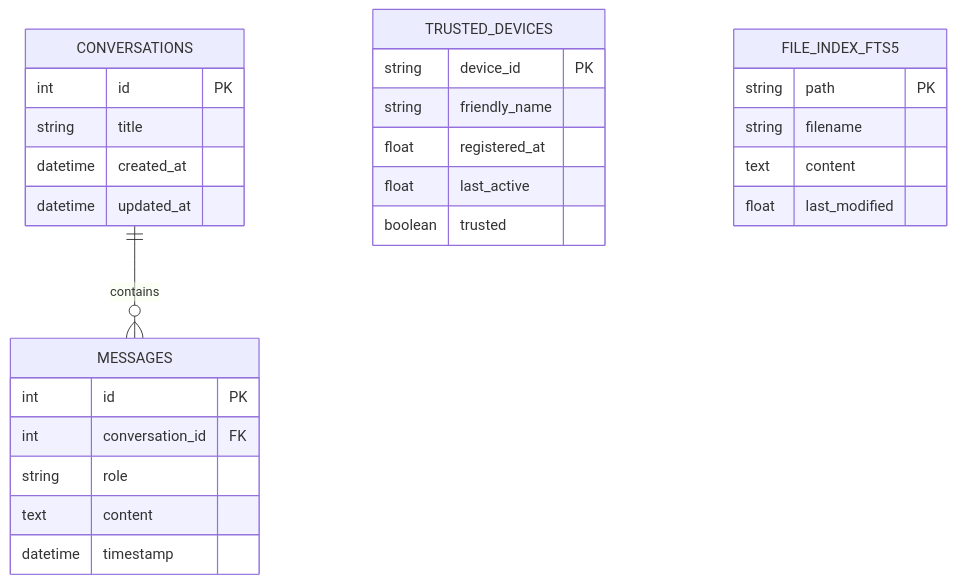
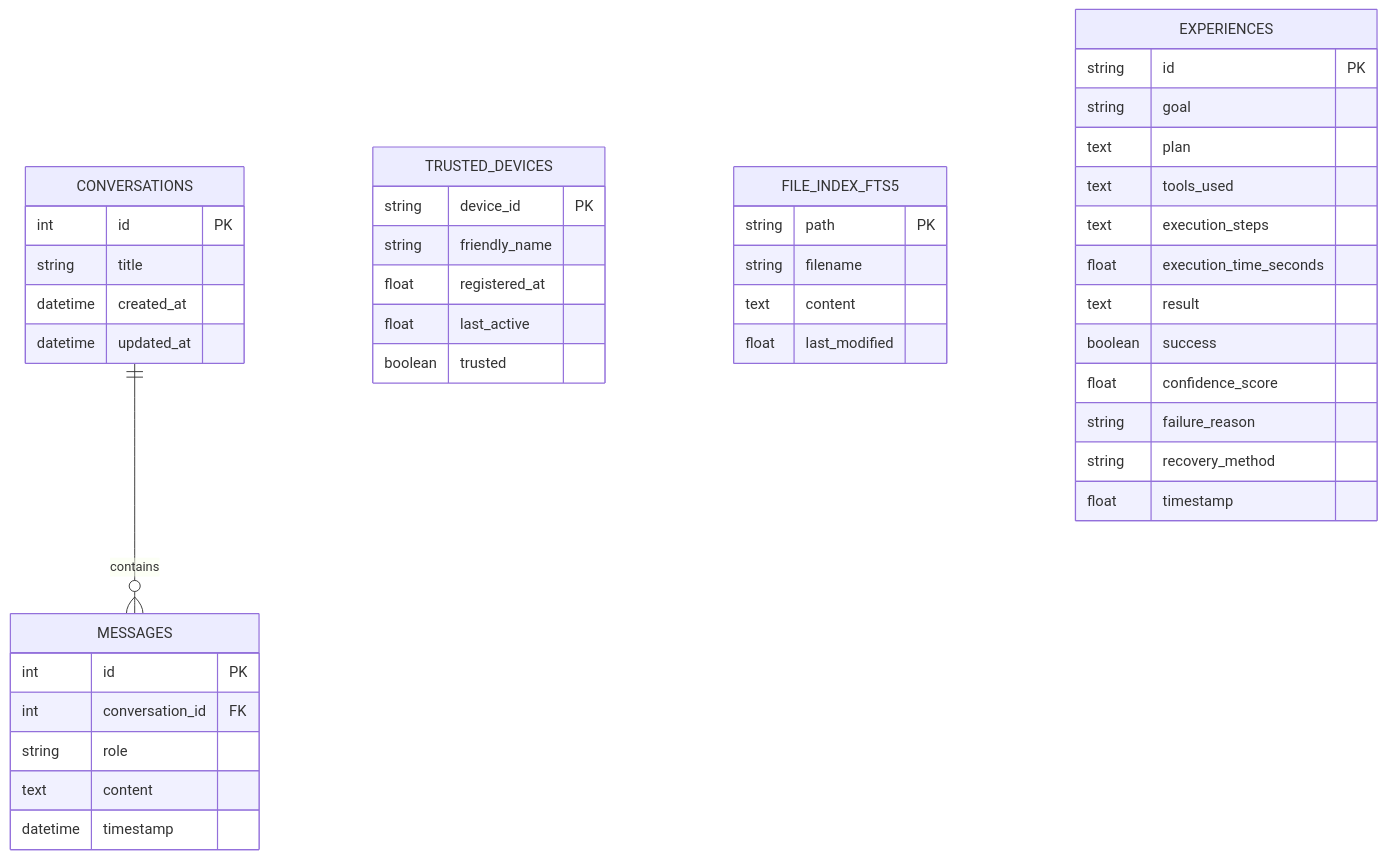
The diagram in documentations/schema.md (Ashrit-Raghupatruni/JARVIS), drawn with Mermaid before and after one commit. The commit also changed 49 other files, not shown here.

````diff
--- a/documentations/schema.md
+++ b/documentations/schema.md
@@ -11,30 +11,44 @@
 ```mermaid
 erDiagram
     CONVERSATIONS ||--o{ MESSAGES : "contains"
     CONVERSATIONS {
         int id PK
         string title
         datetime created_at
         datetime updated_at
     }
     MESSAGES {
         int id PK
         int conversation_id FK
         string role
         text content
         datetime timestamp
     }
     TRUSTED_DEVICES {
         string device_id PK
         string friendly_name
         float registered_at
         float last_active
         boolean trusted
     }
     FILE_INDEX_FTS5 {
         string path PK
         string filename
         text content
         float last_modified
     }
+    EXPERIENCES {
+        string id PK
+        string goal
+        text plan
+        text tools_used
+        text execution_steps
+        float execution_time_seconds
+        text result
+        boolean success
+        float confidence_score
+        string failure_reason
+        string recovery_method
+        float timestamp
+    }
 ```
````
